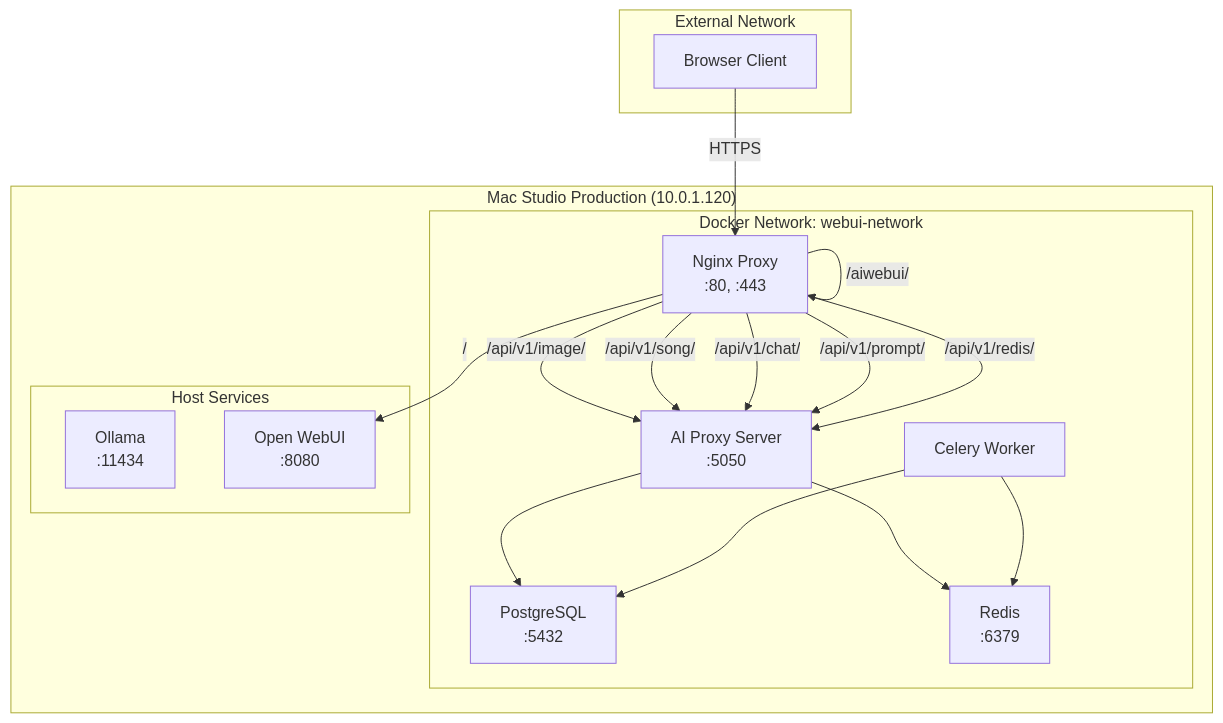
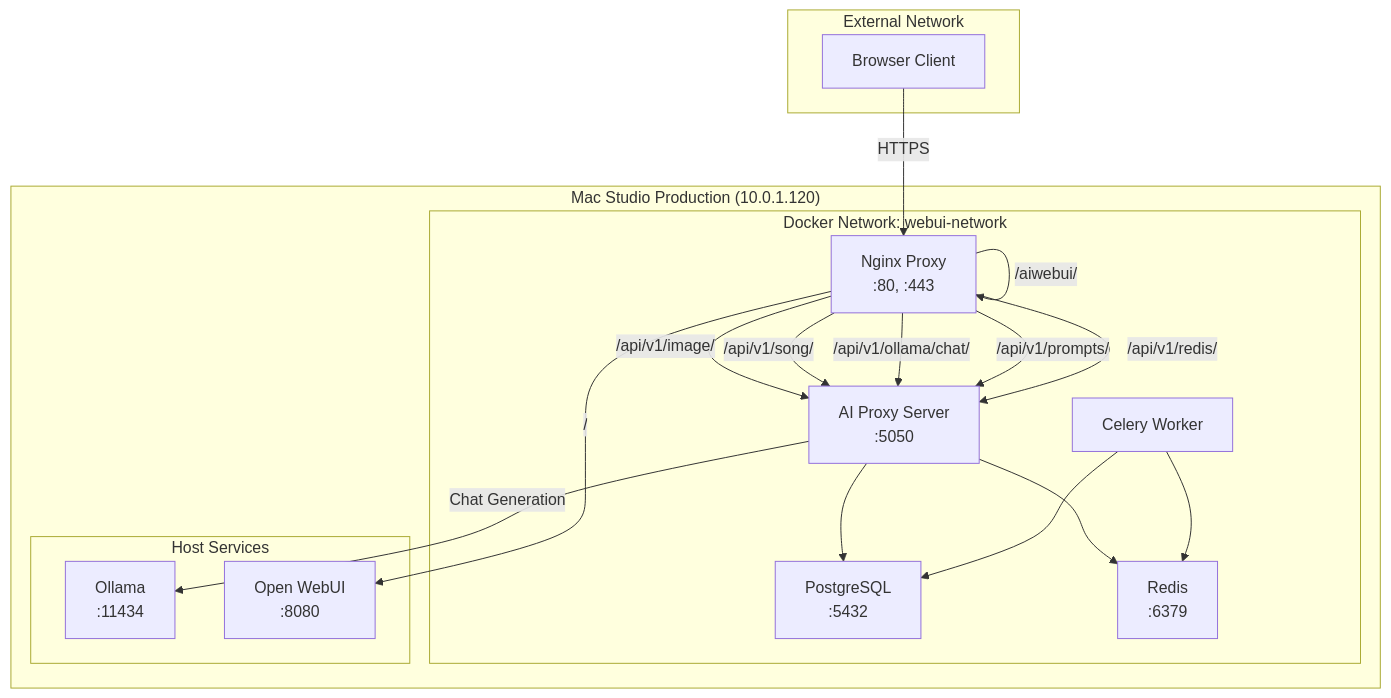
One commit to rwellinger/thwelly_ai_tools changed the diagram in docs/7.3_netzwerk_architektur.mmd. Above: the diagram before and after it, drawn with Mermaid. The commit also changed 9 other files, not shown here.

```diff
--- a/docs/7.3_netzwerk_architektur.mmd
+++ b/docs/7.3_netzwerk_architektur.mmd
@@ -1,33 +1,34 @@
 graph TB
     subgraph "External Network"
         CLIENT[Browser Client]
     end
 
     subgraph "Mac Studio Production (10.0.1.120)"
         subgraph "Docker Network: webui-network"
             NGINX[Nginx Proxy<br/>:80, :443]
             API[AI Proxy Server<br/>:5050]
             WORKER[Celery Worker]
             PG[PostgreSQL<br/>:5432]
             REDIS[Redis<br/>:6379]
         end
 
         subgraph "Host Services"
             OLLAMA[Ollama<br/>:11434]
             WEBUI[Open WebUI<br/>:8080]
         end
     end
 
     CLIENT -->|HTTPS| NGINX
     NGINX -->|/aiwebui/| NGINX
     NGINX -->|/api/v1/image/| API
     NGINX -->|/api/v1/song/| API
-    NGINX -->|/api/v1/chat/| API
-    NGINX -->|/api/v1/prompt/| API
+    NGINX -->|/api/v1/ollama/chat/| API
+    NGINX -->|/api/v1/prompts/| API
     NGINX -->|/api/v1/redis/| API
     NGINX -->|/| WEBUI
 
     API --> PG
     API --> REDIS
+    API -->|Chat Generation| OLLAMA
     WORKER --> REDIS
     WORKER --> PG
```
